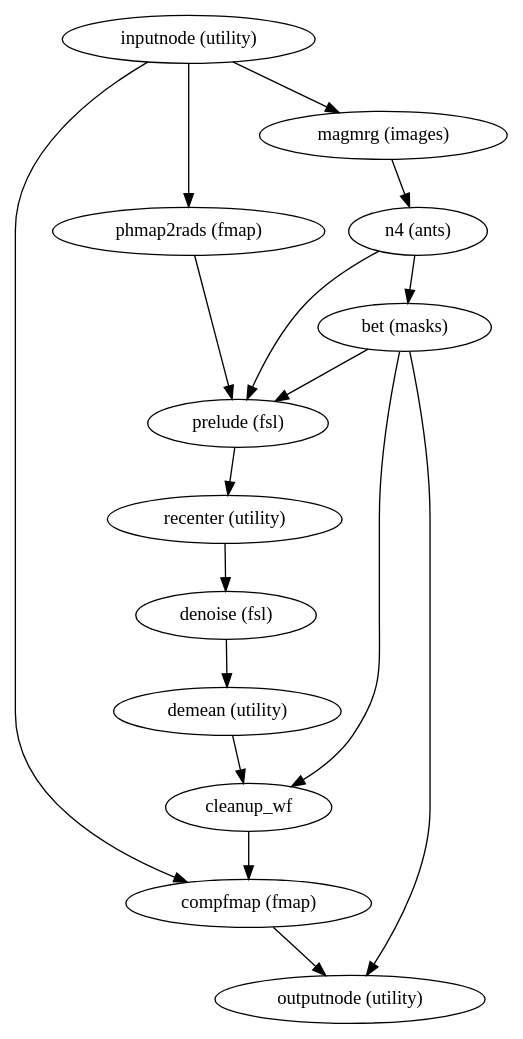
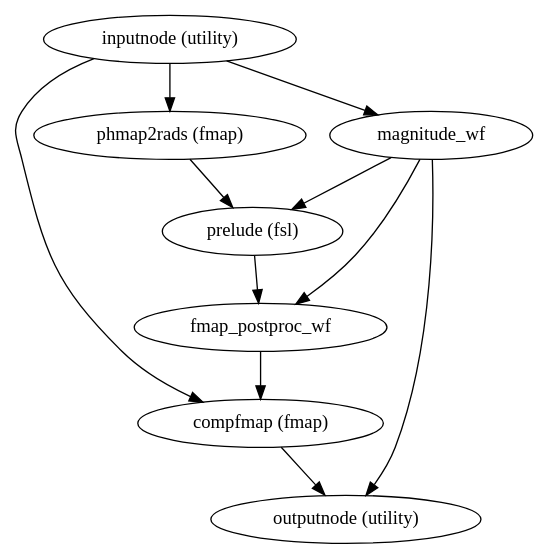
One commit to wayne009007/sdcflows changed the diagram in docs_test/wf_directive/api/phdiff_wf/sdcflows-workflows-phdiff-1.dot. Above: the diagram before and after it, drawn with Graphviz. The commit also changed 259 other files, not shown here.

```diff
--- a/docs_test/wf_directive/api/phdiff_wf/sdcflows-workflows-phdiff-1.dot
+++ b/docs_test/wf_directive/api/phdiff_wf/sdcflows-workflows-phdiff-1.dot
@@ -1,30 +1,19 @@
 strict digraph  {
 "inputnode (utility)";
 "compfmap (fmap)";
-"magmrg (images)";
+magnitude_wf;
 "phmap2rads (fmap)";
 "outputnode (utility)";
-"n4 (ants)";
 "prelude (fsl)";
-"bet (masks)";
-"recenter (utility)";
-cleanup_wf;
-"denoise (fsl)";
-"demean (utility)";
+fmap_postproc_wf;
 "inputnode (utility)" -> "compfmap (fmap)";
-"inputnode (utility)" -> "magmrg (images)";
+"inputnode (utility)" -> magnitude_wf;
 "inputnode (utility)" -> "phmap2rads (fmap)";
 "compfmap (fmap)" -> "outputnode (utility)";
-"magmrg (images)" -> "n4 (ants)";
+magnitude_wf -> "prelude (fsl)";
+magnitude_wf -> fmap_postproc_wf;
+magnitude_wf -> "outputnode (utility)";
 "phmap2rads (fmap)" -> "prelude (fsl)";
-"n4 (ants)" -> "prelude (fsl)";
-"n4 (ants)" -> "bet (masks)";
-"prelude (fsl)" -> "recenter (utility)";
-"bet (masks)" -> "prelude (fsl)";
-"bet (masks)" -> cleanup_wf;
-"bet (masks)" -> "outputnode (utility)";
-"recenter (utility)" -> "denoise (fsl)";
-cleanup_wf -> "compfmap (fmap)";
-"denoise (fsl)" -> "demean (utility)";
-"demean (utility)" -> cleanup_wf;
+"prelude (fsl)" -> fmap_postproc_wf;
+fmap_postproc_wf -> "compfmap (fmap)";
 }
```
